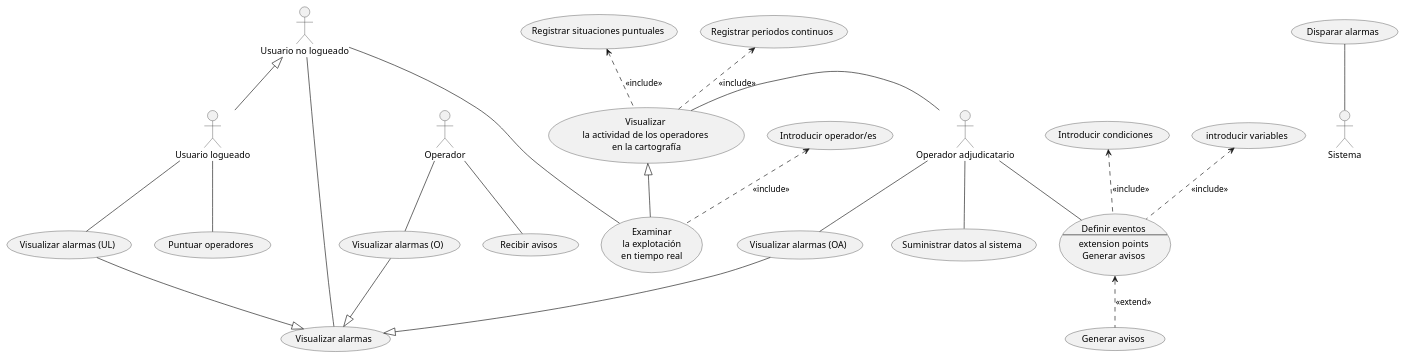
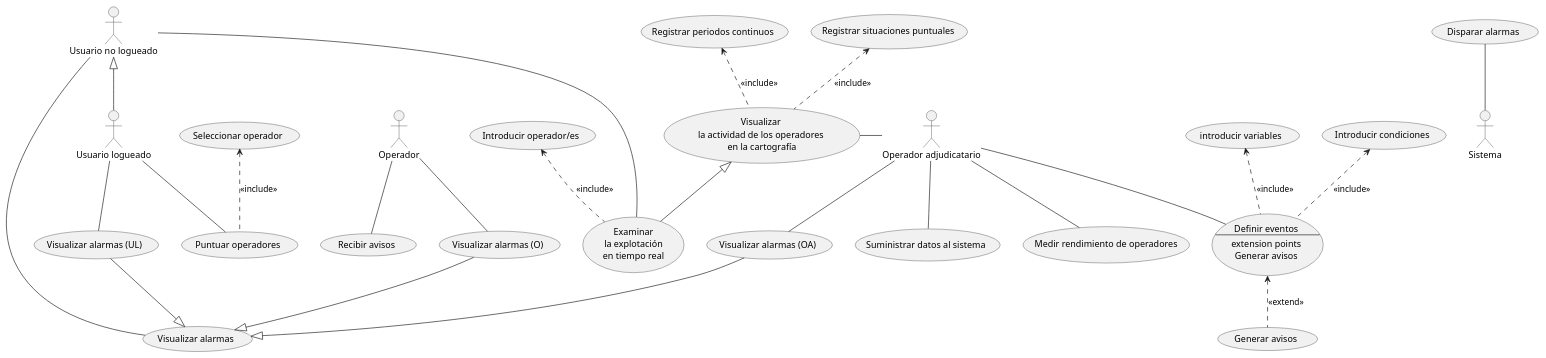
The diagram in Proyecto/source/Sistema de Informacion.puml (cgg734/INRE-UAL-MORADO-2022-2023), drawn with PlantUML before and after one commit. The commit also changed 2 other files, not shown here.

```diff
--- a/Proyecto/source/Sistema de Informacion.puml
+++ b/Proyecto/source/Sistema de Informacion.puml
@@ -1,43 +1,46 @@
 @startuml Sistema de infirmacion
 actor OA as "Operador adjudicatario"
 actor Operador
 actor UR as "Usuario logueado"
 actor UNR as "Usuario no logueado"
 usecase (Visualizar \nla actividad de los operadores \nen la cartografía) as VisualAct
 OA-left-VisualAct
 (Registrar situaciones puntuales)<..VisualAct : <<include>>
 (Registrar periodos continuos)<..VisualAct : <<include>>
 usecase (Visualizar alarmas UR) as "Visualizar alarmas (UL)"
 usecase (Visualizar alarmas OA) as "Visualizar alarmas (OA)"
 usecase (Visualizar alarmas O) as "Visualizar alarmas (O)"
 usecase (Visualizar alarmas)
 usecase (Recibir avisos)
 usecase DE as "Definir eventos 
 --
 extension points
 Generar avisos"
 
 usecase (Generar avisos) as GA
 usecase EX as "Examinar 
 la explotación
 en tiempo real"
 OA--(Visualizar alarmas OA)
 UR--(Visualizar alarmas UR)
 Operador--(Visualizar alarmas O)
 (Visualizar alarmas O)--|>(Visualizar alarmas)
 (Visualizar alarmas OA)--|>(Visualizar alarmas)
 (Visualizar alarmas UR)--|>(Visualizar alarmas)
 Operador--(Recibir avisos)
 OA--DE
 (introducir variables)<..DE : <<include>> 
 (Introducir condiciones)<..DE : <<include>>
 DE<..GA : <<extend>>
 UNR--EX
 VisualAct<|--EX
 (Introducir operador/es)<..EX : <<include>>
 UNR-right-(Visualizar alarmas)
 UNR<|--UR
 (Disparar alarmas)--Sistema
 OA--(Suministrar datos al sistema)
-UR--(Puntuar operadores)
+usecase PO as "Puntuar operadores"
+UR--PO
+(Seleccionar operador)<..PO : <<include>>
+OA--(Medir rendimiento de operadores)
 @enduml
```
